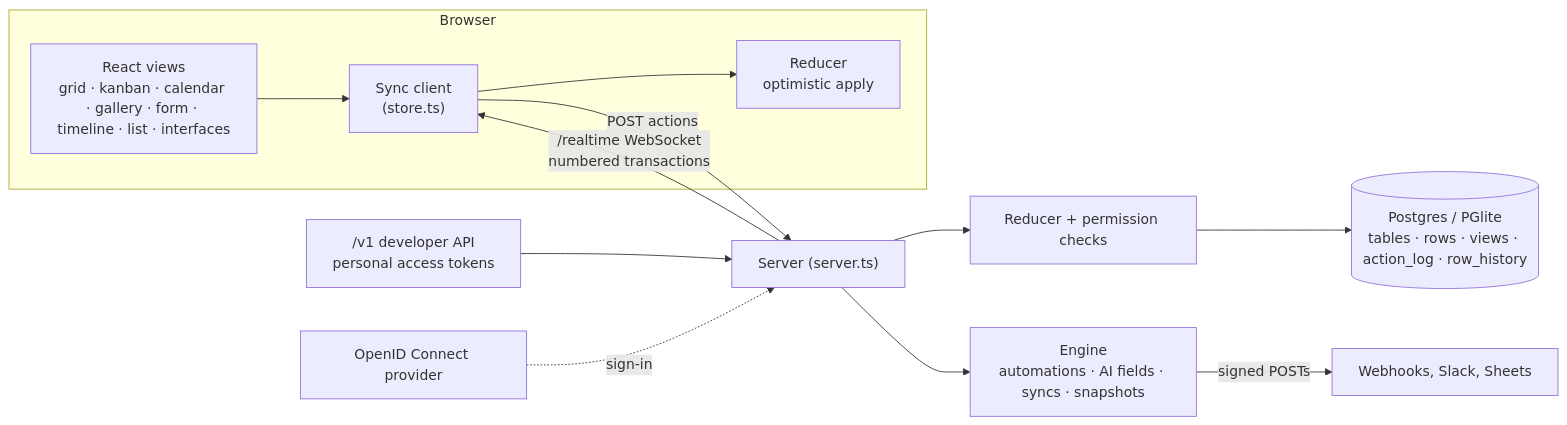
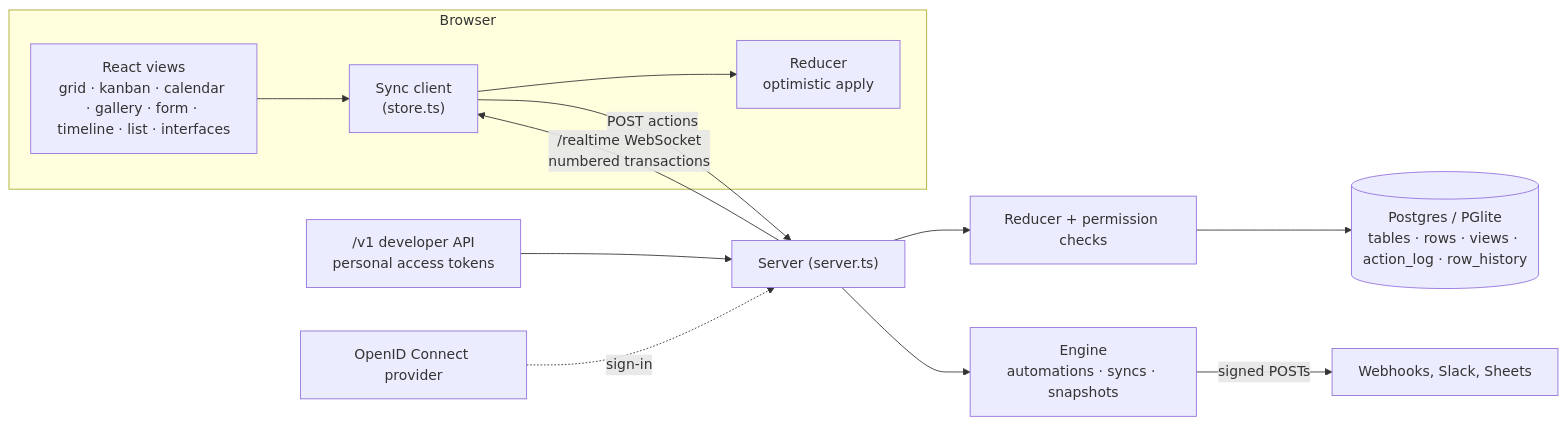
Before and after one commit to fernandojcardenas/FerTable: the diagram in docs/architecture.md, drawn with Mermaid. The commit also changed 16 other files, not shown here.

````diff
--- a/docs/architecture.md
+++ b/docs/architecture.md
@@ -8,15 +8,15 @@
 ```mermaid
 flowchart LR
   subgraph browser["Browser"]
     UI["React views<br/>grid · kanban · calendar · gallery · form · timeline · list · interfaces"] --> C["Sync client<br/>(store.ts)"]
     C --> R1["Reducer<br/>optimistic apply"]
   end
   C -->|"POST actions"| S["Server (server.ts)"]
   S --> R2["Reducer + permission checks"]
   R2 --> DB[("Postgres / PGlite<br/>tables · rows · views · action_log · row_history")]
   S -->|"/realtime WebSocket<br/>numbered transactions"| C
-  S --> E["Engine<br/>automations · AI fields · syncs · snapshots"]
+  S --> E["Engine<br/>automations · syncs · snapshots"]
   E -->|"signed POSTs"| W["Webhooks, Slack, Sheets"]
   API["/v1 developer API<br/>personal access tokens"] --> S
   SSO["OpenID Connect provider"] -. "sign-in" .-> S
 ```
````
